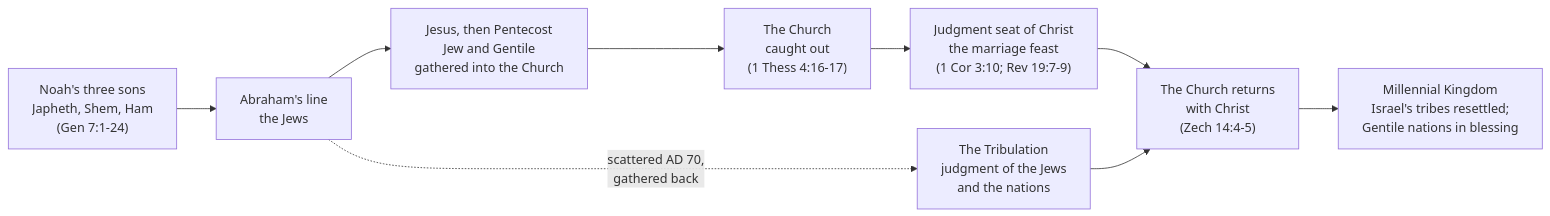
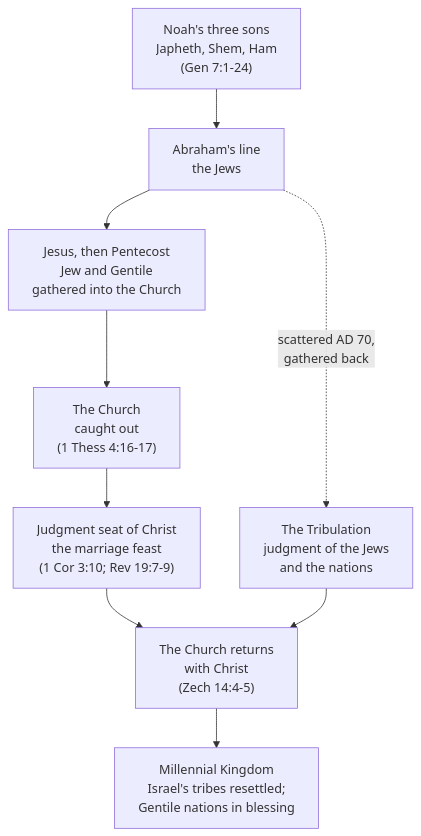
One commit to ding0t/bible_studies changed the second of 2 diagrams in docs/content/last-things/prophecy-chart.md. Above: the diagram before and after it, drawn with Mermaid. The commit also changed other lines of this file and 8 other files, not shown here.

````diff
--- a/docs/content/last-things/prophecy-chart.md
+++ b/docs/content/last-things/prophecy-chart.md
@@ -83,11 +83,11 @@
 ```mermaid
-flowchart LR
+flowchart TD
     A["Noah's three sons<br/>Japheth, Shem, Ham<br/>(Gen 7:1-24)"] --> B["Abraham's line<br/>the Jews"]
     B --> C["Jesus, then Pentecost<br/>Jew and Gentile<br/>gathered into the Church"]
     C --> D["The Church<br/>caught out<br/>(1 Thess 4:16-17)"]
     B -.->|"scattered AD 70,<br/>gathered back"| E["The Tribulation<br/>judgment of the Jews<br/>and the nations"]
     D --> F["Judgment seat of Christ<br/>the marriage feast<br/>(1 Cor 3:10; Rev 19:7-9)"]
     F --> G["The Church returns<br/>with Christ<br/>(Zech 14:4-5)"]
     E --> G
     G --> H["Millennial Kingdom<br/>Israel's tribes resettled;<br/>Gentile nations in blessing"]
 ```
````
